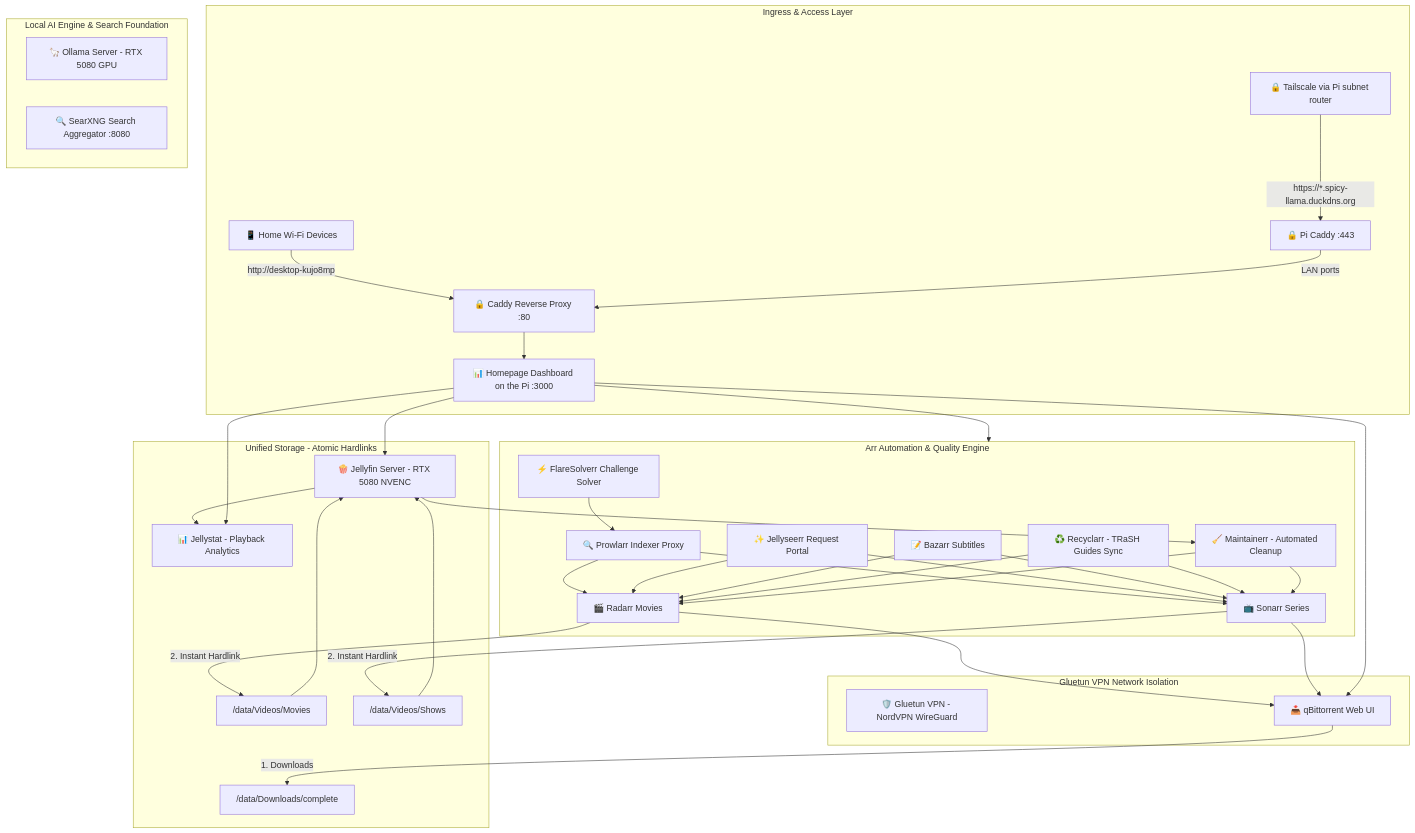
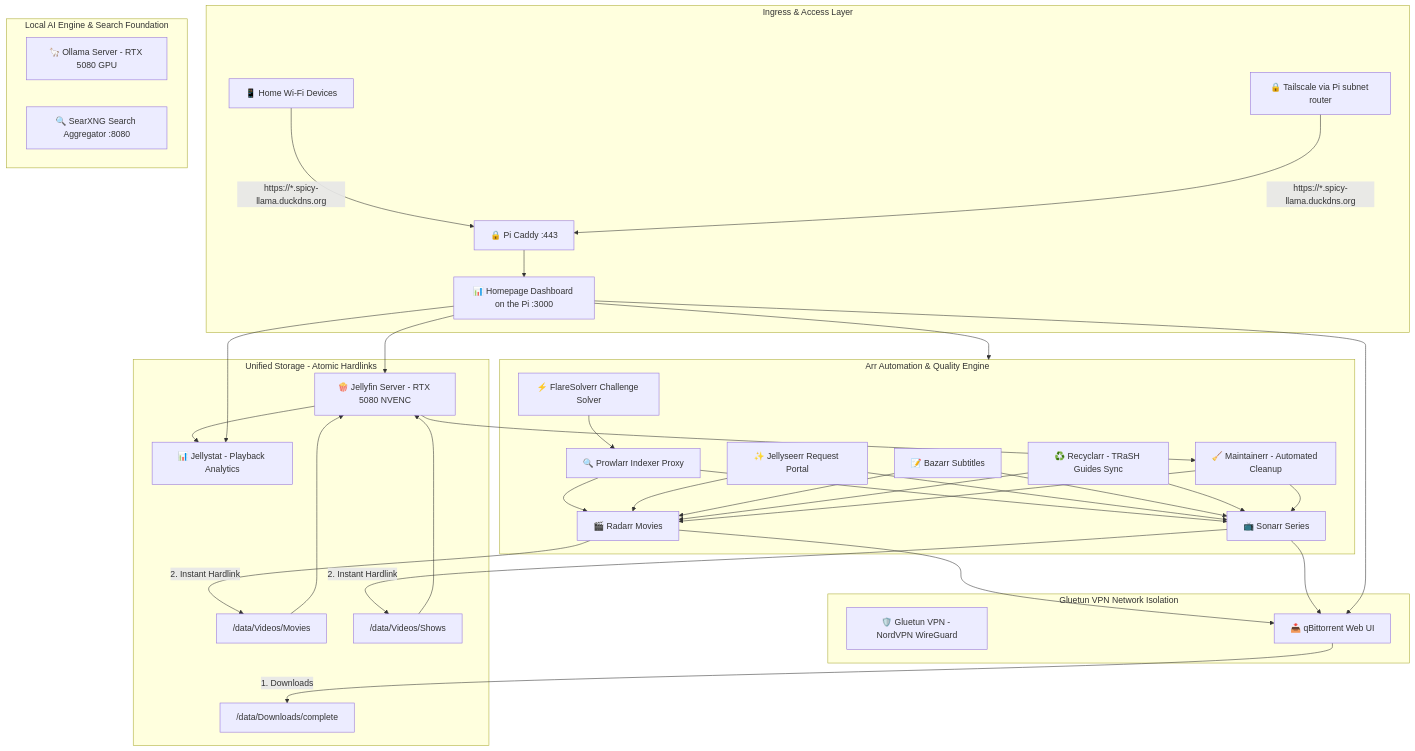
One commit to Anwera64/homelab changed the diagram in README.md. Above: the diagram before and after it, drawn with Mermaid. The commit also changed other lines of this file and 10 other files, not shown here.

First line of the commit message:
Drop the desktop Caddy: containers publish their own ports (#74)

````diff
--- a/README.md
+++ b/README.md
@@ -39,40 +39,40 @@
 ```mermaid
 graph TD
     subgraph Ingress [Ingress & Access Layer]
-        CLIENTS[📱 Home Wi-Fi Devices] -->|http://desktop-kujo8mp| CADDY[🔒 Caddy Reverse Proxy :80]
-        TAILSCALE[🔒 Tailscale via Pi subnet router] -->|https://*.spicy-llama.duckdns.org| PICADDY[🔒 Pi Caddy :443] -->|LAN ports| CADDY
+        CLIENTS[📱 Home Wi-Fi Devices] -->|https://*.spicy-llama.duckdns.org| CADDY[🔒 Pi Caddy :443]
+        TAILSCALE[🔒 Tailscale via Pi subnet router] -->|https://*.spicy-llama.duckdns.org| CADDY
         CADDY --> HOMEPAGE[📊 Homepage Dashboard on the Pi :3000]
     end
 
     subgraph AIStack [Local AI Engine & Search Foundation]
         OLLAMA[🦙 Ollama Server - RTX 5080 GPU]
         SEARX[🔍 SearXNG Search Aggregator :8080]
     end
 
     subgraph VPNNet [Gluetun VPN Network Isolation]
         GLUETUN[🛡️ Gluetun VPN - NordVPN WireGuard]
         QBIT[📥 qBittorrent Web UI]
     end
 
     subgraph ArrSuite [Arr Automation & Quality Engine]
         PROW[🔍 Prowlarr Indexer Proxy] --> RAD[🎬 Radarr Movies] & SON[📺 Sonarr Series]
         FLARE[⚡ FlareSolverr Challenge Solver] --> PROW
         SEERR[✨ Jellyseerr Request Portal] --> RAD & SON
         RAD & SON --> QBIT
         BAZ[📝 Bazarr Subtitles] --> RAD & SON
         RECYC[♻️ Recyclarr - TRaSH Guides Sync] --> RAD & SON
         MAINT[🧹 Maintainerr - Automated Cleanup] --> RAD & SON
     end
 
     subgraph MediaStorage [Unified Storage - Atomic Hardlinks]
         QBIT -->|1. Downloads| DOWN["/data/Downloads/complete"]
         RAD -->|2. Instant Hardlink| MOVIES["/data/Videos/Movies"]
         SON -->|2. Instant Hardlink| SHOWS["/data/Videos/Shows"]
         MOVIES --> JELLY[🍿 Jellyfin Server - RTX 5080 NVENC]
         SHOWS --> JELLY
         JELLY --> JSTAT[📊 Jellystat - Playback Analytics]
         JELLY --> MAINT
     end
 
     HOMEPAGE --> ArrSuite & JELLY & QBIT & JSTAT
 ```
````
